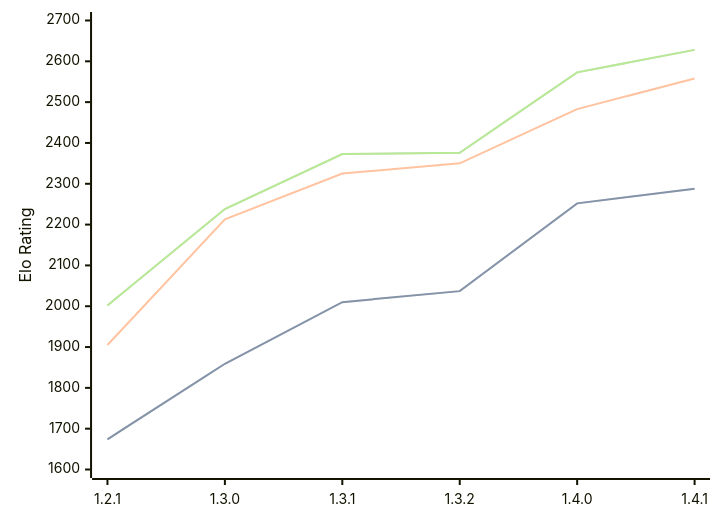
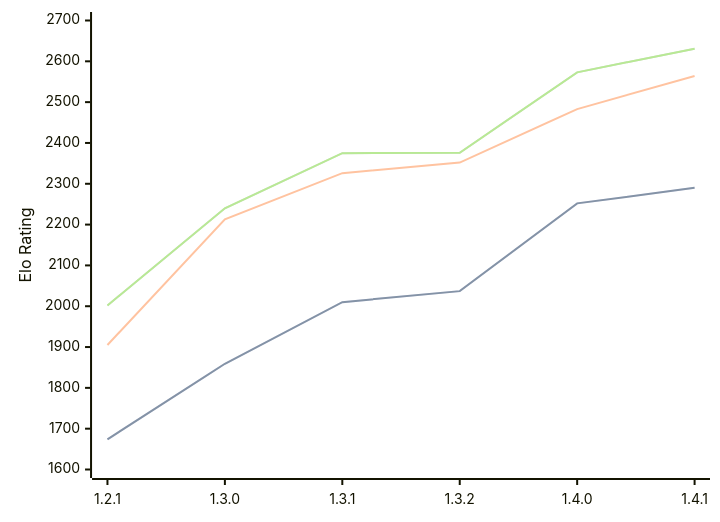
The first of 3 diagrams in engines/Chal.md (computer-chess-index/cci), drawn with Mermaid before and after one commit. The commit also changed other lines of this file, not shown here.

Commit message:
Update CCI Ratings (ELO VLTC) - 2026-06-20

````diff
--- a/engines/Chal.md
+++ b/engines/Chal.md
@@ -39,11 +39,11 @@
 ```mermaid
 %%{init: {"theme":"base","themeVariables":{"seriesColors:['#a3a3a3','#222221','#faa371']}}}%%
 xychart-beta
   x-axis ["1.2.1", "1.3.0", "1.3.1", "1.3.2", "1.4.0", "1.4.1"]
   y-axis "Elo Rating" 1600 --> 2700
-  line "STC (8.0+0.08s)" [1674, 1859, 2010, 2037, 2252, 2288]
-  line "STC (8.0+0.08s)" [1674, 1859, 2010, 2037, 2252, 2288]
-  line "LTC (60.0+0.60s)" [1905, 2213, 2325, 2350, 2483, 2558]
-  line "VLTC (2m24s+1.12s)" [2002, 2238, 2373, 2376, 2573, 2628]
-  line "VLTC (2m24s+1.12s)" [2002, 2238, 2373, 2376, 2573, 2628]
+  line "STC (8.0+0.08s)" [1674, 1859, 2010, 2037, 2252, 2290]
+  line "STC (8.0+0.08s)" [1674, 1859, 2010, 2037, 2252, 2290]
+  line "LTC (60.0+0.60s)" [1905, 2213, 2326, 2352, 2483, 2564]
+  line "VLTC (2m24s+1.12s)" [2002, 2240, 2375, 2376, 2573, 2631]
+  line "VLTC (2m24s+1.12s)" [2002, 2240, 2375, 2376, 2573, 2631]
 ```
````
